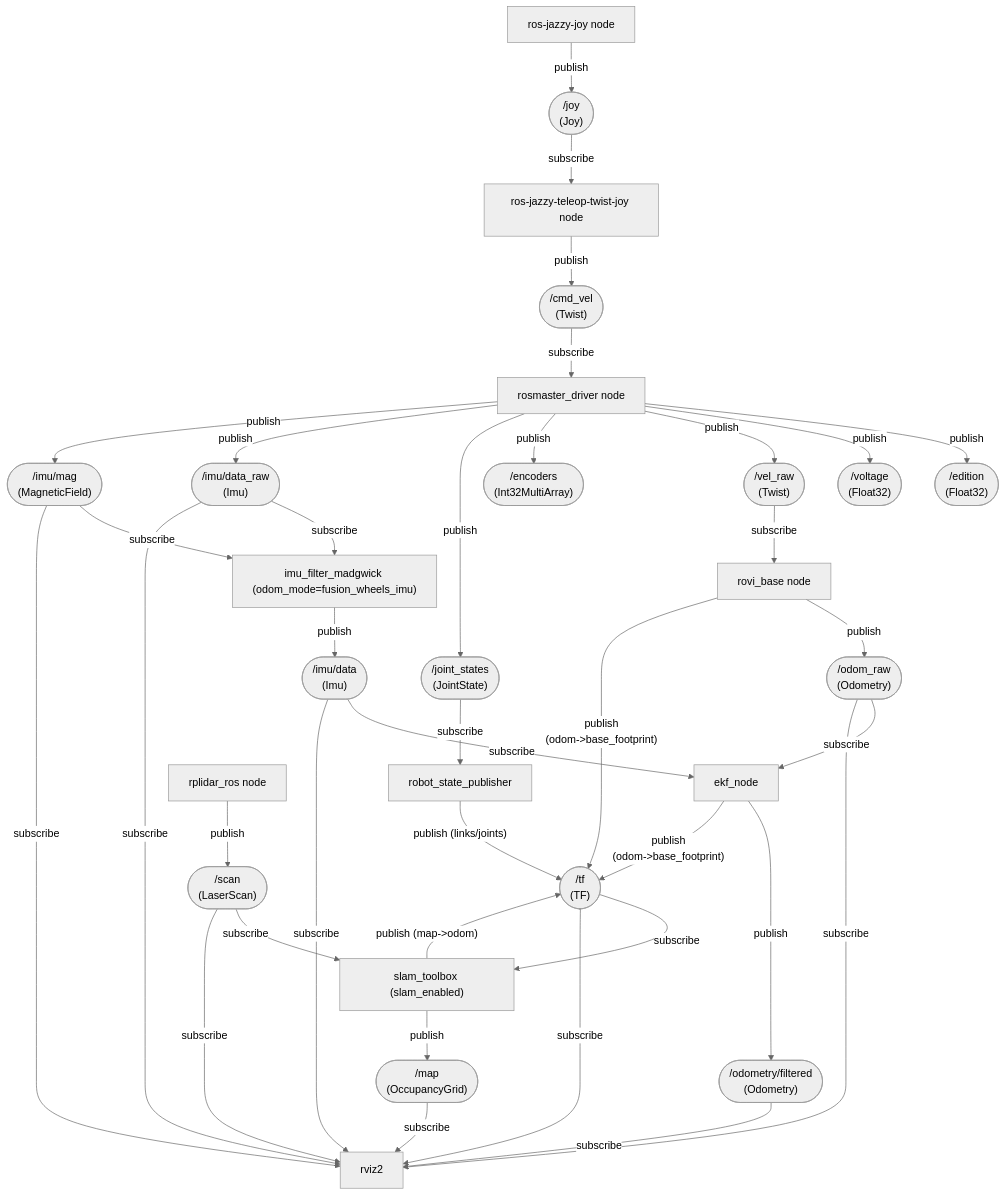
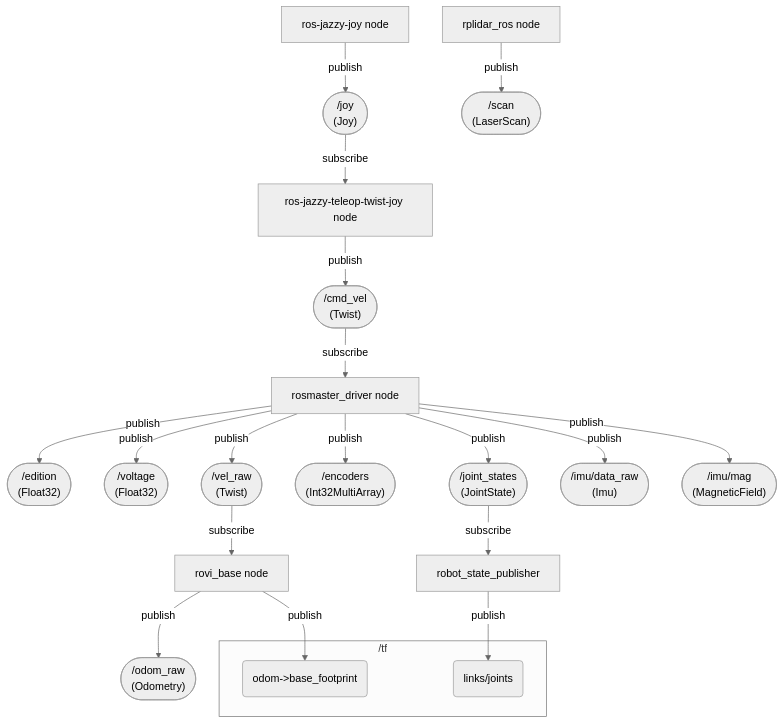
One commit to Roblibs/rovi_ros_ws changed the first of 8 diagrams in README.md. Above: the diagram before and after it, drawn with Mermaid (neutral theme). The commit also changed other lines of this file, not shown here.

Commit message:
simplify diagrams

````diff
--- a/README.md
+++ b/README.md
@@ -115,75 +124,50 @@
 ```mermaid
 flowchart TD
   Rosmaster[rosmaster_driver node]
 
   Joystick["ros-jazzy-joy node"]
   JOY(["/joy<br/>(Joy)"])
   Joystick -->|publish| JOY
 
   RoviJoy["ros-jazzy-teleop-twist-joy node"]
   JOY -->|subscribe| RoviJoy
   CMD(["/cmd_vel<br/>(Twist)"])
   RoviJoy -->|publish| CMD
 
   CMD -->|subscribe| Rosmaster
   EDT(["/edition<br/>(Float32)"])
   VOL(["/voltage<br/>(Float32)"])
   VRAW(["/vel_raw<br/>(Twist)"])
   JSTATE(["/joint_states<br/>(JointState)"])
   ENC(["/encoders<br/>(Int32MultiArray)"])
   IMU_RAW(["/imu/data_raw<br/>(Imu)"])
   MAG(["/imu/mag<br/>(MagneticField)"])
   Rosmaster -->|publish| EDT
   Rosmaster -->|publish| VOL
   Rosmaster -->|publish| VRAW
   Rosmaster -->|publish| ENC
   Rosmaster -->|publish| JSTATE
   Rosmaster -->|publish| IMU_RAW
   Rosmaster -->|publish| MAG
 
   RoviBase["rovi_base node"]
   VRAW -->|subscribe| RoviBase
   ODRAW(["/odom_raw<br/>(Odometry)"])
-  TF(["/tf<br/>(TF)"])
+
+  subgraph TF["/tf"]
+    TF_ODOM_BASE("odom->base_footprint")
+    TF_LINKS_JOINTS("links/joints")
+  end
+
   RoviBase -->|publish| ODRAW
-  RoviBase -->|"publish<br/>(odom->base_footprint)"| TF
-
-  ImuFilter["imu_filter_madgwick (odom_mode=fusion_wheels_imu)"]
-  IMU_RAW -->|subscribe| ImuFilter
-  MAG -->|subscribe| ImuFilter
-  IMU(["/imu/data<br/>(Imu)"])
-  ImuFilter -->|publish| IMU
-
-  EKF[ekf_node]
-  ODRAW -->|subscribe| EKF
-  IMU -->|subscribe| EKF
-  ODOMF(["/odometry/filtered<br/>(Odometry)"])
-  EKF -->|publish| ODOMF
-  EKF -->|"publish<br/>(odom->base_footprint)"| TF
-
+  RoviBase -->|publish| TF_ODOM_BASE
 
   RSP["robot_state_publisher"]
   JSTATE -->|subscribe| RSP
-  RSP -->|"publish (links/joints)"| TF
+  RSP -->|publish| TF_LINKS_JOINTS
 
   RPLidar["rplidar_ros node"]
   SCAN(["/scan<br/>(LaserScan)"])
   RPLidar -->|publish| SCAN
 
-  Slam["slam_toolbox (slam_enabled)"]
-  SCAN -->|subscribe| Slam
-  TF -->|subscribe| Slam
-  MAP(["/map<br/>(OccupancyGrid)"])
-  Slam -->|publish| MAP
-  Slam -->|"publish (map->odom)"| TF
-
-  RVIZ["rviz2"]
-  TF -->|subscribe| RVIZ
-  ODRAW -->|subscribe| RVIZ
-  ODOMF -->|subscribe| RVIZ
-  IMU_RAW -->|subscribe| RVIZ
-  IMU -->|subscribe| RVIZ
-  MAG -->|subscribe| RVIZ
-  SCAN -->|subscribe| RVIZ
-  MAP -->|subscribe| RVIZ
 ```
````
